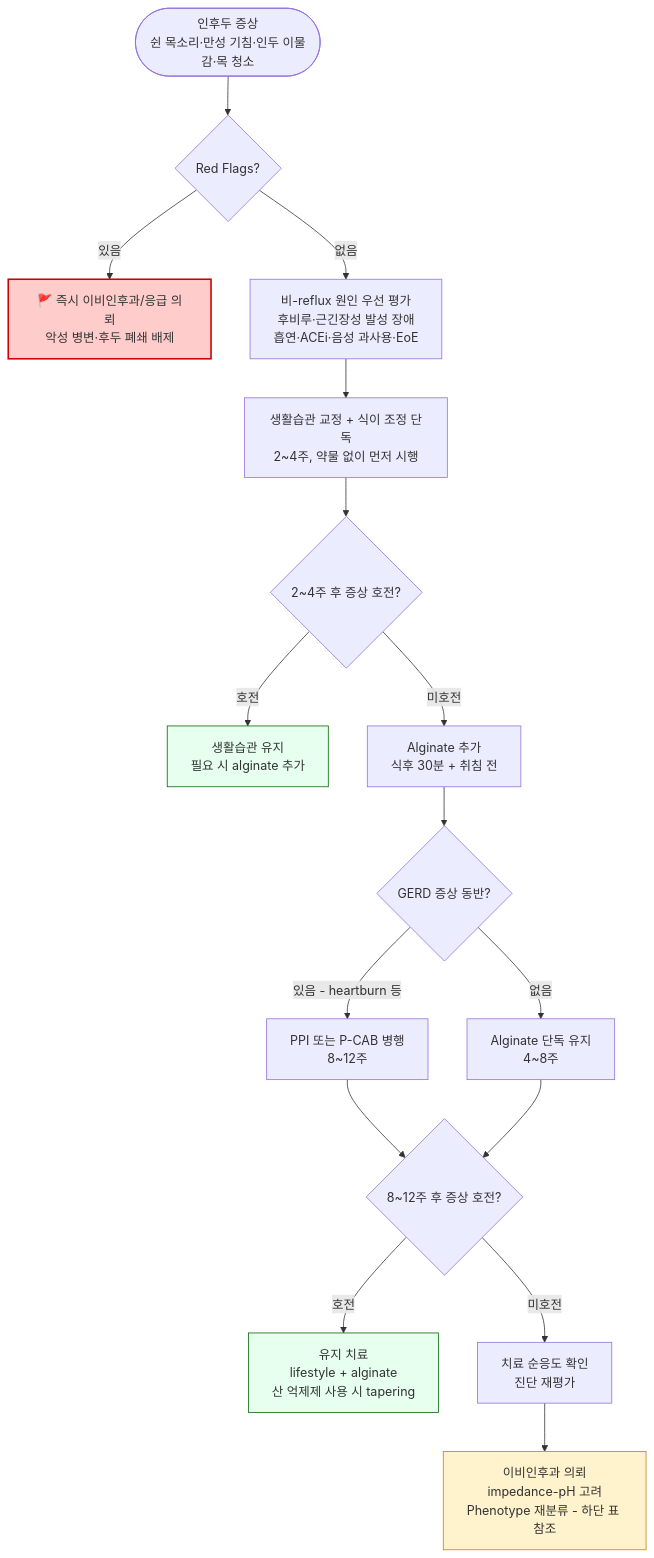
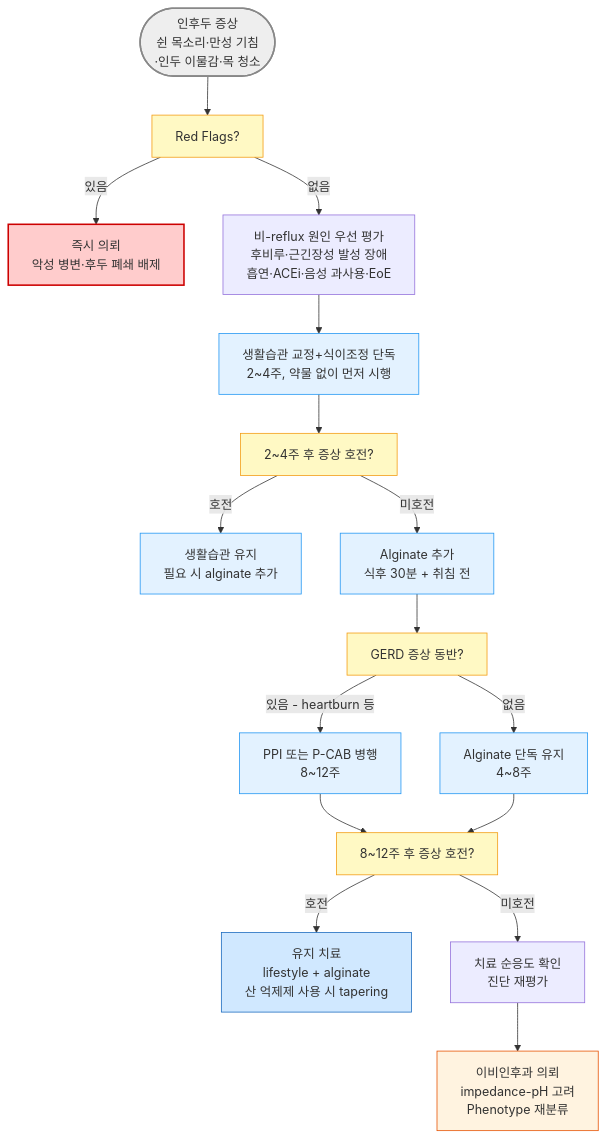
Before and after one commit to familyoh77/familyoh77: the diagram in 223_/062_-laryngopharyngeal-reflux-lpr.md, drawn with Mermaid. The commit also changed other lines of this file, not shown here.

````diff
--- a/223_/062_-laryngopharyngeal-reflux-lpr.md
+++ b/223_/062_-laryngopharyngeal-reflux-lpr.md
@@ -90,23 +86,28 @@
 ```mermaid
 graph TD
-A([인후두 증상<br/>쉰 목소리·만성 기침·인두 이물감·목 청소]) --> B{Red Flags?}
-B -->|있음| C["🚩 즉시 이비인후과/응급 의뢰<br/>악성 병변·후두 폐쇄 배제"]
+A([인후두 증상<br/>쉰 목소리·만성 기침<br/>·인두 이물감·목 청소]) --> B[Red Flags?]
+B -->|있음| C["즉시 의뢰<br/>악성 병변·후두 폐쇄 배제"]
 B -->|없음| D["비-reflux 원인 우선 평가<br/>후비루·근긴장성 발성 장애<br/>흡연·ACEi·음성 과사용·EoE"]
-D --> E["생활습관 교정 + 식이 조정 단독<br/>2~4주, 약물 없이 먼저 시행"]
-E --> F{2~4주 후 증상 호전?}
+D --> E["생활습관 교정+식이조정 단독<br/>2~4주, 약물 없이 먼저 시행"]
+E --> F[2~4주 후 증상 호전?]
 F -->|호전| G["생활습관 유지<br/>필요 시 alginate 추가"]
 F -->|미호전| H["Alginate 추가<br/>식후 30분 + 취침 전"]
-H --> I{GERD 증상 동반?}
+H --> I[GERD 증상 동반?]
 I -->|있음 - heartburn 등| J["PPI 또는 P-CAB 병행<br/>8~12주"]
 I -->|없음| K["Alginate 단독 유지<br/>4~8주"]
-J --> L{8~12주 후 증상 호전?}
+J --> L[8~12주 후 증상 호전?]
 K --> L
 L -->|호전| M["유지 치료<br/>lifestyle + alginate<br/>산 억제제 사용 시 tapering"]
 L -->|미호전| N["치료 순응도 확인<br/>진단 재평가"]
-N --> O["이비인후과 의뢰<br/>impedance-pH 고려<br/>Phenotype 재분류 - 하단 표 참조"]
+N --> O["이비인후과 의뢰<br/>impedance-pH 고려<br/>Phenotype 재분류"]
 
+style A fill:#eeeeee,stroke:#888888,stroke-width:2px
+classDef yellow fill:#fff9c4,stroke:#f39c12
+class B,F,I,L yellow
+classDef sky fill:#e3f2ff,stroke:#2196f3
+class E,G,H,J,K sky
+style M fill:#d0e8ff,stroke:#1a6abf
     style C fill:#ffcccc,stroke:#cc0000,stroke-width:2px
-    style O fill:#fff3cd,stroke:#b8860b,stroke-width:1px
-    style G fill:#e6ffee,stroke:#006600,stroke-width:1px
-    style M fill:#e6ffee,stroke:#006600,stroke-width:1px
+    style O fill:#fff3e0,stroke:#e65100
+
 ```
````
